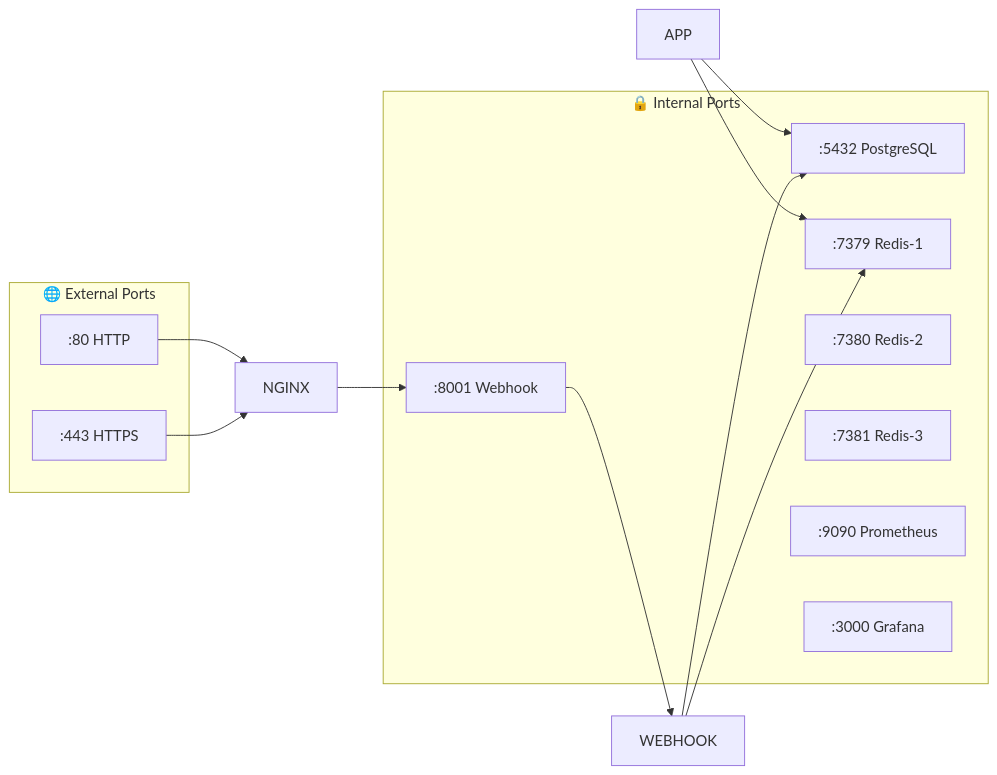
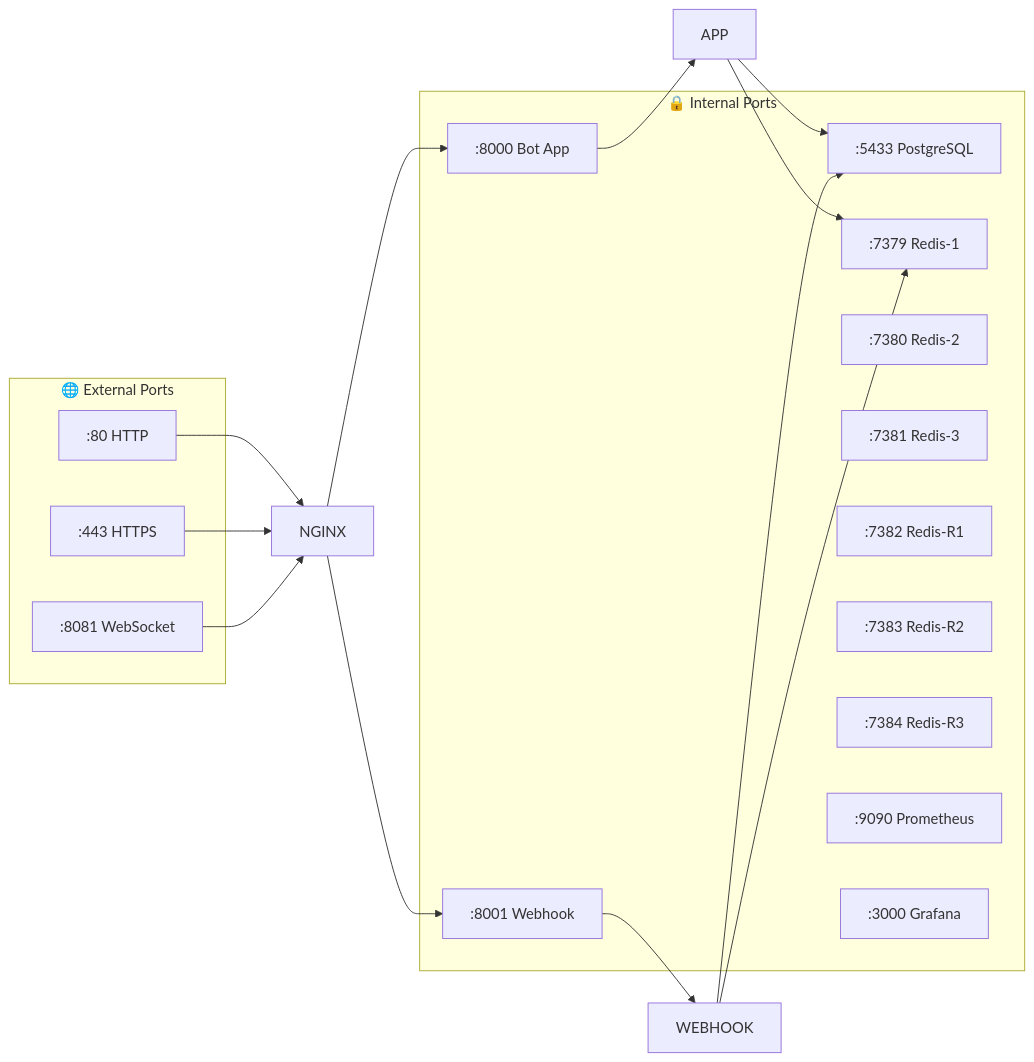
Before and after one commit to neKamita/Mirza-Telegram-Shop-Bot: the third of 12 diagrams in docs/DEPLOYMENT.md, drawn with Mermaid. The commit also changed other lines of this file and 7 other files, not shown here.

````diff
--- a/docs/DEPLOYMENT.md
+++ b/docs/DEPLOYMENT.md
@@ -77,30 +148,38 @@
 ```mermaid
 graph LR
     subgraph "🌐 External Ports"
         P80[":80 HTTP"]
         P443[":443 HTTPS"]
+        P8081[":8081 WebSocket"]
     end
-    
+
     subgraph "🔒 Internal Ports"
+        P8000[":8000 Bot App"]
         P8001[":8001 Webhook"]
-        P5432[":5432 PostgreSQL"]
+        P5433[":5433 PostgreSQL"]
         P7379[":7379 Redis-1"]
         P7380[":7380 Redis-2"]
         P7381[":7381 Redis-3"]
+        P7382[":7382 Redis-R1"]
+        P7383[":7383 Redis-R2"]
+        P7384[":7384 Redis-R3"]
         P9090[":9090 Prometheus"]
         P3000[":3000 Grafana"]
     end
-    
+
     P80 --> NGINX
     P443 --> NGINX
-    
+    P8081 --> NGINX
+
+    NGINX --> P8000
+    P8000 --> APP
+
     NGINX --> P8001
     P8001 --> WEBHOOK
-    
-    APP --> P5432
-    WEBHOOK --> P5432
-    
+
+    APP --> P5433
+    WEBHOOK --> P5433
+
     APP --> P7379
     WEBHOOK --> P7379
-    
 ```
````
